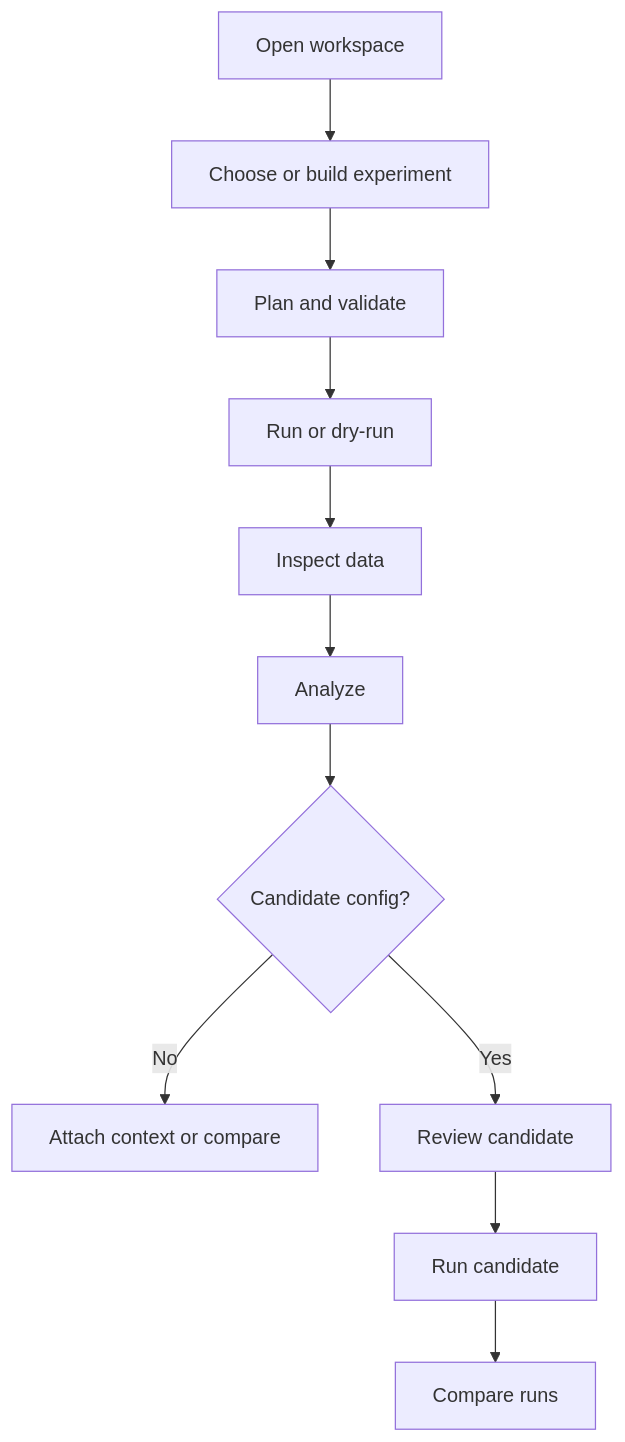
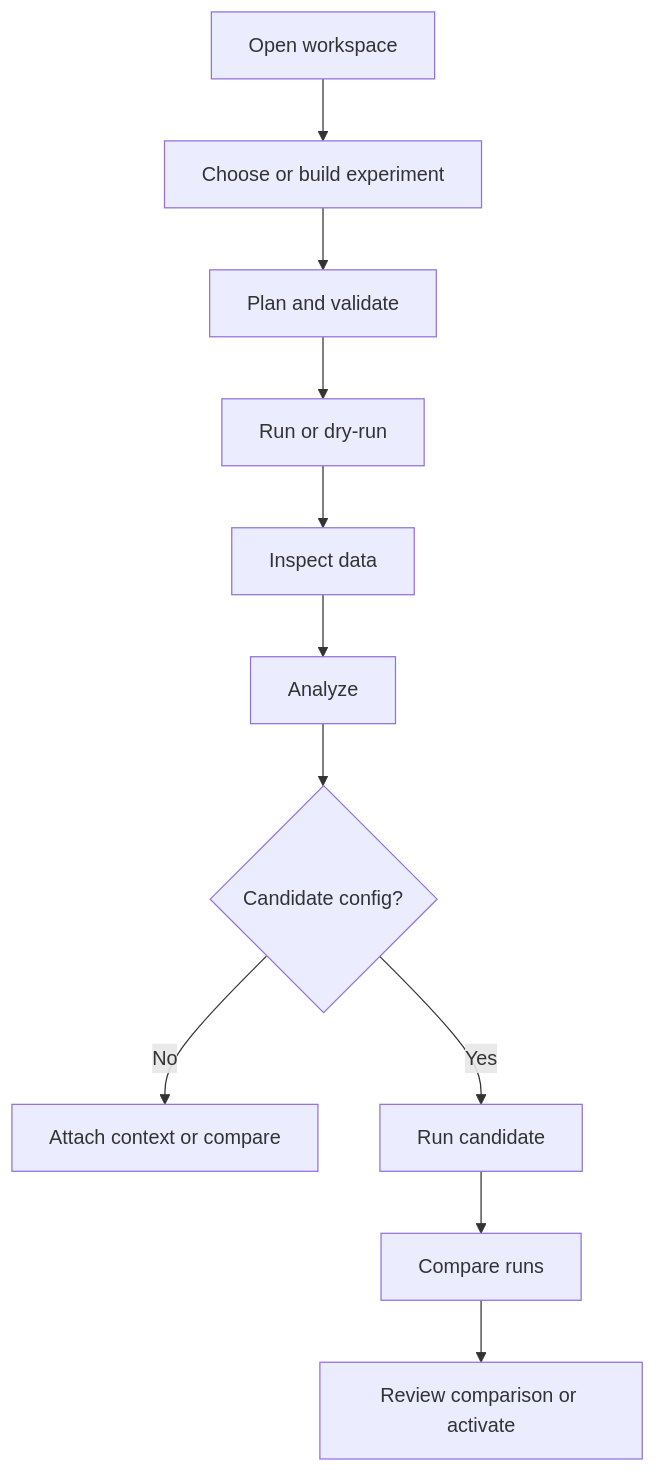
One commit to kahojyun/scopecat changed the diagram in docs/experiment-workflow.md. Above: the diagram before and after it, drawn with Mermaid. The commit also changed other lines of this file and 69 other files, not shown here.

Commit message:
Simplify parameter change flow

````diff
--- a/docs/experiment-workflow.md
+++ b/docs/experiment-workflow.md
@@ -26,13 +26,13 @@
 ```mermaid
 flowchart TD
     A["Open workspace"] --> B["Choose or build experiment"]
     B --> C["Plan and validate"]
     C --> D["Run or dry-run"]
     D --> E["Inspect data"]
     E --> F["Analyze"]
     F --> G{"Candidate config?"}
     G -->|No| H["Attach context or compare"]
-    G -->|Yes| I["Review candidate"]
-    I --> J["Run candidate"]
-    J --> K["Compare runs"]
+    G -->|Yes| I["Run candidate"]
+    I --> J["Compare runs"]
+    J --> K["Review comparison or activate"]
 ```
````
